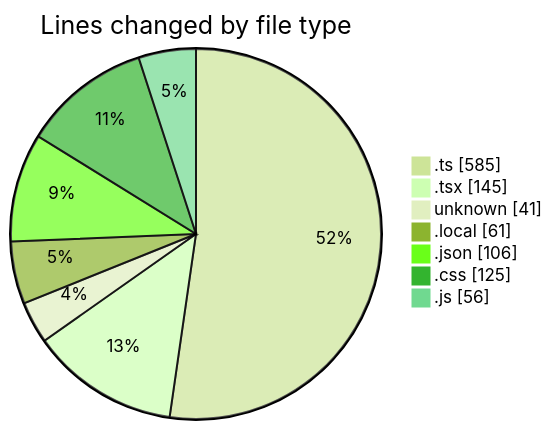
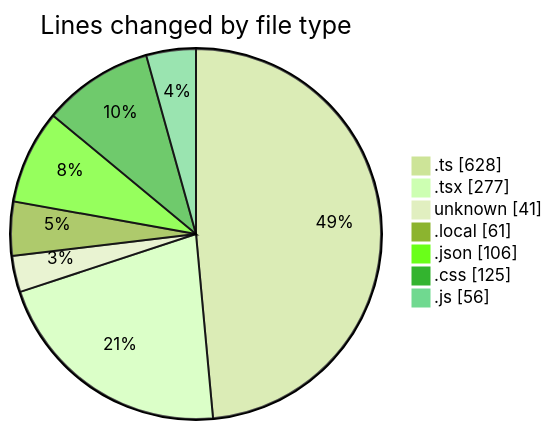
One commit to momahboobian/code-tracking changed the first of 2 diagrams in 2026-02-26/car_database/README.md. Above: the diagram before and after it, drawn with Mermaid (forest theme). The commit also changed other lines of this file and 1 other file, not shown here.

````diff
--- a/2026-02-26/car_database/README.md
+++ b/2026-02-26/car_database/README.md
@@ -43,11 +44,11 @@
 ```mermaid
 pie showData
 title Lines changed by file type
-".ts" : 585
-".tsx" : 145
+".ts" : 628
+".tsx" : 277
 "unknown" : 41
 ".local" : 61
 ".json" : 106
 ".css" : 125
 ".js" : 56
 ```
````
